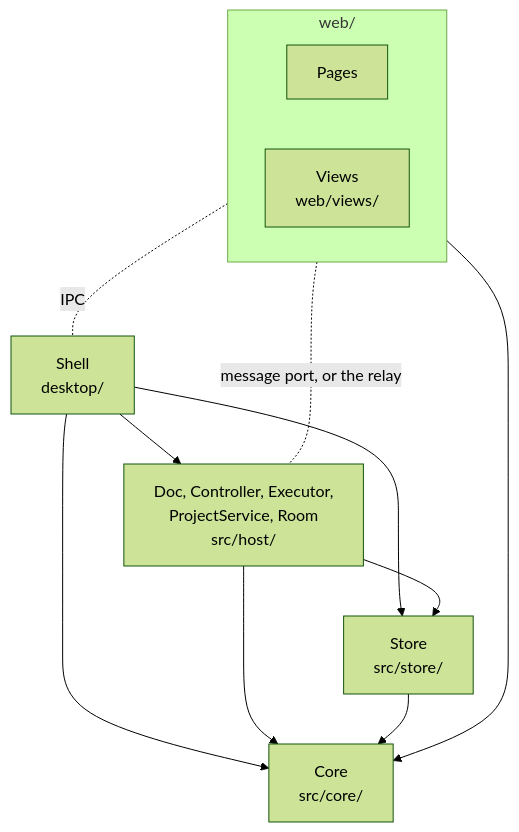
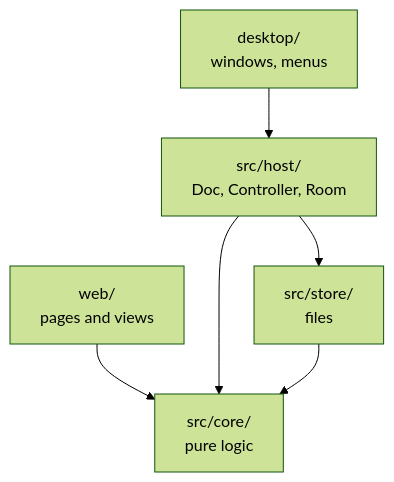
One commit to ponjo-app/ponjo changed the fifth of 5 diagrams in docs/architecture.md. Above: the diagram before and after it, drawn with Mermaid (forest theme). The commit also changed other lines of this file and 27 other files, not shown here.

First line of the commit message:
Split the architecture doc: a picture for people, a spec for the rules

````diff
--- a/docs/architecture.md
+++ b/docs/architecture.md
@@ -504,17 +171,7 @@
 ```mermaid
 flowchart TD
-  subgraph web["web/"]
-    windows["Pages"]
-    views["Views<br>web/views/"]
-  end
-  shell["Shell<br>desktop/"]
-  host["Doc, Controller, Executor,<br>ProjectService, Room<br>src/host/"]
-  store["Store<br>src/store/"]
-  core["Core<br>src/core/"]
-  shell --> host & store & core
-  host --> store & core
-  web --> core
-  store --> core
-  web -. IPC .- shell
-  web -. "message port, or the relay" .- host
+  web["web/<br>pages and views"] --> core
+  desktop["desktop/<br>windows, menus"] --> host
+  host["src/host/<br>Doc, Controller, Room"] --> store & core
+  store["src/store/<br>files"] --> core["src/core/<br>pure logic"]
 ```
````
